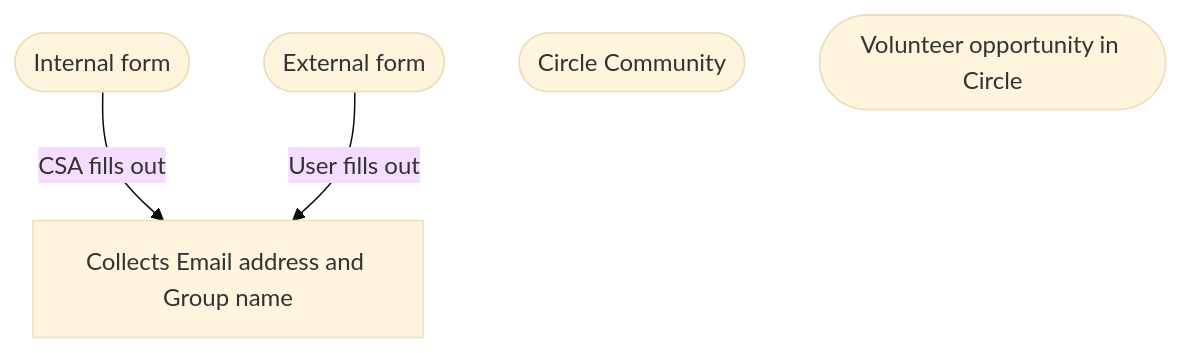
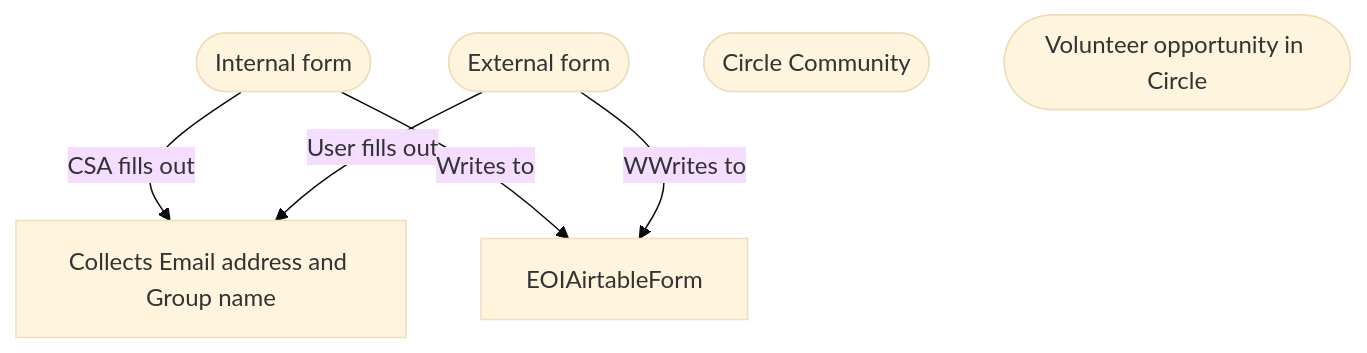
The diagram in projects/WG-automation/diagram.md (CloudSecurityAlliance/CSA-IT-Operations), drawn with Mermaid (base theme) before and after one commit.

````diff
--- a/projects/WG-automation/diagram.md
+++ b/projects/WG-automation/diagram.md
@@ -1,23 +1,24 @@
 ```mermaid
 graph TD;
 
 
 internalForm([Internal form])
 
 externalForm([External form])
 %% requires email validation, e.g. Google forms "Collect email addresses Respondents will be required to sign in to Google"
 
 joinCommunity([Circle Community])
 joinVolunteer([Volunteer opportunity in Circle])
 
 internalForm --> |CSA fills out| collectEmailAndGroup[Collects Email address and Group name]
 externalForm --> |User fills out| collectEmailAndGroup[Collects Email address and Group name]
 
-
+internalForm -->  |Writes to| EOIAirtableForm[EOIAirtableForm]
+externalForm --> |WWrites to| EOIAirtableForm[EOIAirtableForm]
 
 %% internalForm -->|collects|Email and community name[Email and community name]
 %% externalForm -->|collects|Email and community name[Email and community name]
 %% joinCommunity -->|Reports|ContactKey and CommunityKey[ContactKey and CommunityKey]
 %% joinVolunteer -->|Reports|ContactKey and CommunityKey[ContactKey and CommunityKey]
 
 ```
````
